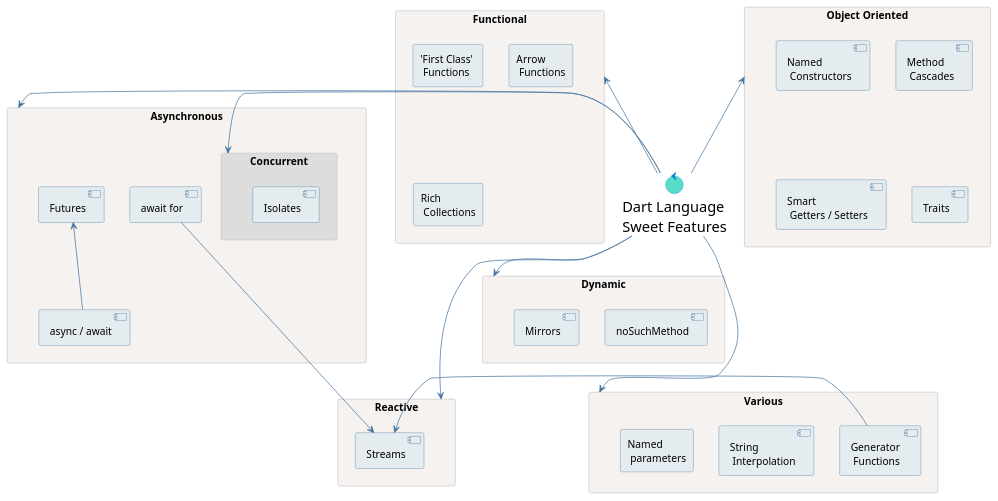
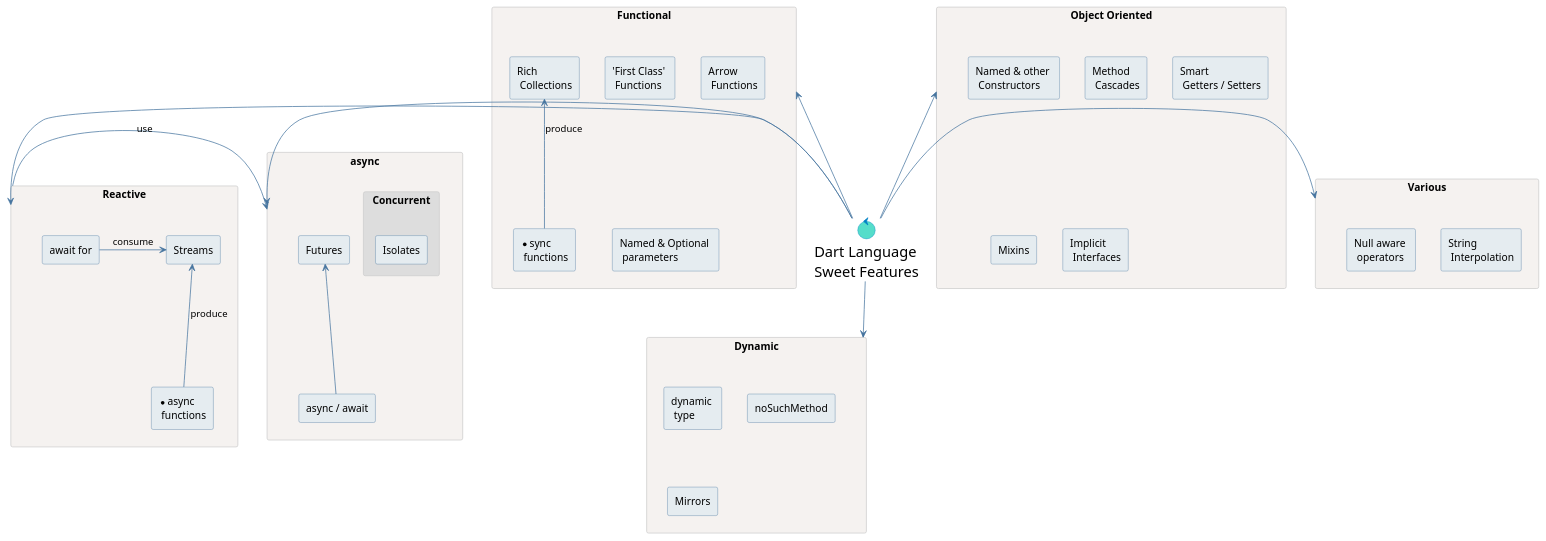
Before and after one commit to dafesimonek/dart-platform-diagrams: the diagram in language-features.puml, drawn with PlantUML.

Commit message:
language features diagram - links and few items added

```diff
--- a/language-features.puml
+++ b/language-features.puml
@@ -25,75 +25,86 @@
 
 rectangle "Functional" as functional {
 
-    agent "'First Class' \n Functions" as firstClassFunctions [[http://seznam.cz]]
+    agent "'First Class' \n Functions" as firstClassFunctions [[https://www.dartlang.org/guides/language/language-tour#functions]]
 
-    agent "Arrow \n Functions" as arrowFunctions [[todo]]
+    agent "Arrow \n Functions" as arrowFunctions [[https://www.dartlang.org/resources/dart-tips/dart-tips-ep-7]]
 
-    agent "Rich \n Collections" as collectionOperators [[todo]]
+    agent "Rich \n Collections" as collectionOperators [[https://api.dartlang.org/stable/dart-collection/dart-collection-library.html]]
+
+    agent "Named & Optional \n parameters" as namedParams [[https://www.dartlang.org/guides/language/language-tour#optional-parameters]]
+
+    agent "*sync \n functions" as syncGenerators [[https://www.dartlang.org/articles/language/beyond-async#synchronous-generators-sync]]
+
+    syncGenerators -up-> collectionOperators: produce
 
 }
 
 rectangle "Reactive" as reactive {
 
-    [Streams] as streams [[todo]]
+    agent "Streams" as streams [[https://www.dartlang.org/tutorials/language/streams]]
 
+    agent "await for" as awaitFor [[https://www.dartlang.org/articles/language/beyond-async#await-for]]
+
+    agent "*async \n functions" as asyncGenerators [[https://www.dartlang.org/articles/language/beyond-async#asynchronous-generators-async]]
+
+
+    awaitFor -> streams: consume
+
+    asyncGenerators -up-> streams: produce
 
 }
 
+reactive -> async: use
+
 rectangle "Object Oriented" as objectOriented {
 
-    [Named \n Constructors] as constructors [[todo]]
+    agent "Named & other \n Constructors" as constructors [[https://www.dartlang.org/guides/language/language-tour#named-constructors]]
 
-    [Method \n Cascades] as cascading [[todo]]
+    agent "Method \n Cascades" as cascading [[https://www.dartlang.org/guides/language/language-tour#cascade-notation-]]
 
-    [Smart \n Getters / Setters] as gettersSetters [[todo]]
+    agent "Smart \n Getters / Setters" as gettersSetters [[https://www.dartlang.org/guides/language/language-tour#getters-and-setters]]
 
-    [Traits] as traits [[todo]]
+    agent "Mixins" as mixins [[https://www.dartlang.org/guides/language/language-tour#adding-features-to-a-class-mixins]]
+
+    agent "Implicit \n Interfaces" as interfaces [[https://www.dartlang.org/guides/language/language-tour#implicit-interfaces]]
+
 
 }
 
 rectangle "Asynchronous" as async {
 
-    [Futures] as futures [[http://www.seznam.cz]]
+    agent "Futures" as futures [[https://www.dartlang.org/tutorials/language/futures]]
 
-    [async / await] as asyncAwait [[todo]]
-
-    [await for] as awaitFor [[todo]]
+    agent "async / await" as asyncAwait [[https://www.dartlang.org/tutorials/language/futures#async-and-await]]
 
     asyncAwait -up-> futures
 
     rectangle "Concurrent" as concurrent #DDDDDD {
 
-        [Isolates] as isolates [[todo]]
+        agent "Isolates" as isolates [[https://api.dartlang.org/stable/dart-isolate/dart-isolate-library.html]]
 
     }
 
 }
 
-awaitFor -> streams
-
-
-
 rectangle "Dynamic" as dynamic {
 
-    [noSuchMethod] as noSuchMethod [[todo]]
+    agent "dynamic \n type" as dynamicType [[https://www.dartlang.org/dart-2.0#strong-mode-and-static-typing]]
 
-    [Mirrors] as mirrors [[todo]]
+    agent "noSuchMethod" as noSuchMethod [[https://api.dartlang.org/stable/dart-core/Object/noSuchMethod.html]]
+
+    agent "Mirrors" as mirrors [[https://www.dartlang.org/articles/dart-vm/reflection-with-mirrors]]
 
 }
 
 
 rectangle "Various" as various {
 
-    [String \n Interpolation] as interpolation [[todo]]
+    agent "String \n Interpolation" as interpolation [[https://www.dartlang.org/guides/language/language-tour#strings]]
 
-    [Generator \n Functions] as generators [[todo]]
-
-    agent "Named \n parameters" as namedParams [[todo]]
+    agent "Null aware \n operators" as nullAware [[http://news.dartlang.org/2015/08/dart-112-released-with-null-aware.html]]
 
 }
-
-generators -> streams
 
 
 control "<size:20>Dart Language</size>\n<size:20>Sweet Features</size>" as dartLang
@@ -101,113 +112,9 @@
 
 dartLang -up-> functional
 dartLang -> async
-dartLang -down--> various
-dartLang -down-> dynamic
+dartLang -> various
+dartLang -> dynamic
 dartLang -> reactive
-dartLang -> concurrent
 dartLang -up-> objectOriented
 
-
-
-'node "Web" as web {
-'
-'    usecase dart2js [
-'        dart2js
-'        dartdevc
-'    ]
-'
-'    [Angular Dart] as angular [[https://webdev.dartlang.org/angular]]
-'    note right of angular
-'        Components, Directives, Templates...
-'        similar to TypeScript version,
-'        but with Dart language power & beauty
-'    end note
-'    angular ---> dart2js
-'
-'    [OverReact] as overReact [[https://pub.dartlang.org/packages/over_react]]
-'    note right of overReact: Statically typed \nReact
-'    overReact --> dart2js
-'
-'    [dart:html] as dartHtml [[https://webdev.dartlang.org/guides/web-programming#low-level-html]]
-'    note top of dartHtml
-'        Low level HTML
-'        DOM modification
-'        jquery like
-'    end note
-'    dartHtml -> dart2js
-'
-'    [Stage XL] as stageXL [[http://www.stagexl.org/]]
-'    note bottom of stageXL
-'        2D Web games
-'        Adobe Flash like APIs
-'    end note
-'    stageXL -> dart2js
-'
-'    frame Browser {
-'        artifact JavaScript
-'        artifact EcmaScript6
-'    }
-'
-'    dart2js --> JavaScript: production \n JS
-'    dart2js --> EcmaScript6: human \n readable \n JS
-'}
-'
-'node "Mobile" as mobile {
-'    [Flutter] as flutter [[https://flutter.io]]
-'    note right of flutter
-'        Productive (hot reload)
-'        Fast & Native (no webview)
-'        React-like APIs
-'    end note
-'
-'    frame iOS {
-'        artifact IPA
-'    }
-'
-'    frame Android {
-'        artifact APK
-'    }
-'
-'    flutter --> IPA: AOT compile to native code
-'    flutter --> APK
-'}
-'
-'node "Fuchsia OS (IoT)" as fuchsia {
-'    [Fuchsia UI] as fuchsiaUI [[https://fuchsia.googlesource.com/docs/+/master/book.md]]
-'
-'    [Flutter] as fuchsiaFlutter
-'
-'    package "Dart VM" as fuchsiaVM {
-'        artifact fuchsiaApp [
-'            Fuchsia App
-'        ]
-'    }
-'
-'    fuchsiaUI -> fuchsiaFlutter
-'    fuchsiaFlutter -> fuchsiaApp
-'
-'}
-'
-'node "Server" as server {
-'    [Aqueduct] as aqueduct [[https://aqueduct.io/]]
-'    [dart:io \n dart:path \n dart:args] as cmdlinePackages [[https://www.dartlang.org/tutorials/dart-vm/cmdline]]
-'
-'    package "Dart VM" {
-'        artifact cmdline [
-'            cmdline utils
-'            scripts
-'        ]
-'        database "Enterprise App" as enterprise
-'    }
-'
-'    aqueduct -> enterprise: REST \n ORM \n PostgreSQL
-'    cmdlinePackages -> cmdline
-'}
-'
-'
-'source -up-|> mobile
-'source -up-|> web
-'source -down-|> fuchsia
-'source -down-|> server
-
 @enduml
```
